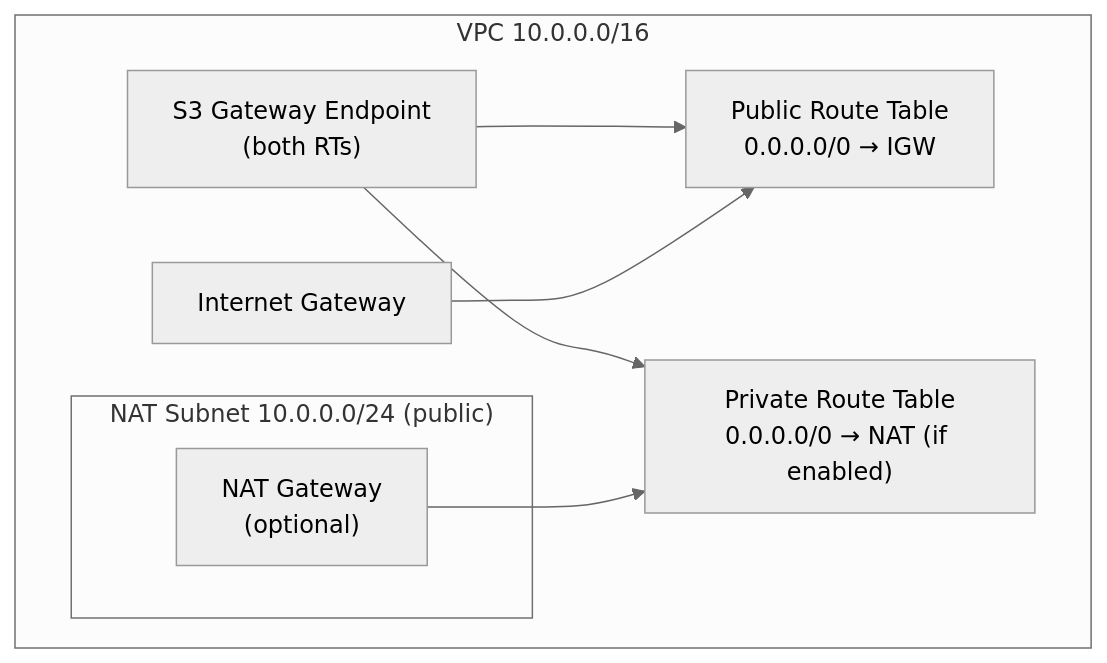
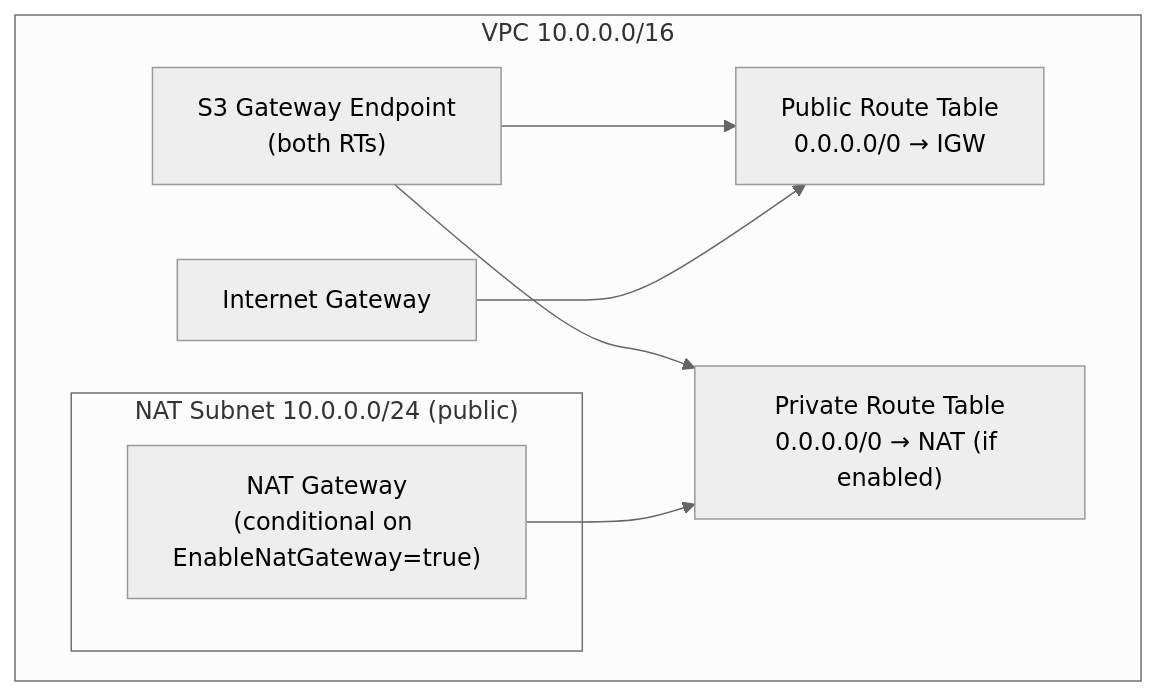
Before and after one commit to codriverlabs/express-compute-managed-k8s-infra: the third of 4 diagrams in .agents/summary/architecture.md, drawn with Mermaid (neutral theme). The commit also changed other lines of this file and 9 other files, not shown here.

````diff
--- a/.agents/summary/architecture.md
+++ b/.agents/summary/architecture.md
@@ -53,17 +53,17 @@
 ```mermaid
 graph TB
     subgraph "VPC 10.0.0.0/16"
         subgraph "NAT Subnet 10.0.0.0/24 (public)"
-            NAT["NAT Gateway<br/>(optional)"]
+            NAT["NAT Gateway<br/>(conditional on EnableNatGateway=true)"]
         end
         IGW["Internet Gateway"]
         PUB_RT["Public Route Table<br/>0.0.0.0/0 → IGW"]
         PRIV_RT["Private Route Table<br/>0.0.0.0/0 → NAT (if enabled)"]
         S3EP["S3 Gateway Endpoint<br/>(both RTs)"]
     end
 
     IGW --> PUB_RT
     NAT --> PRIV_RT
     S3EP --> PUB_RT
     S3EP --> PRIV_RT
 ```
````
